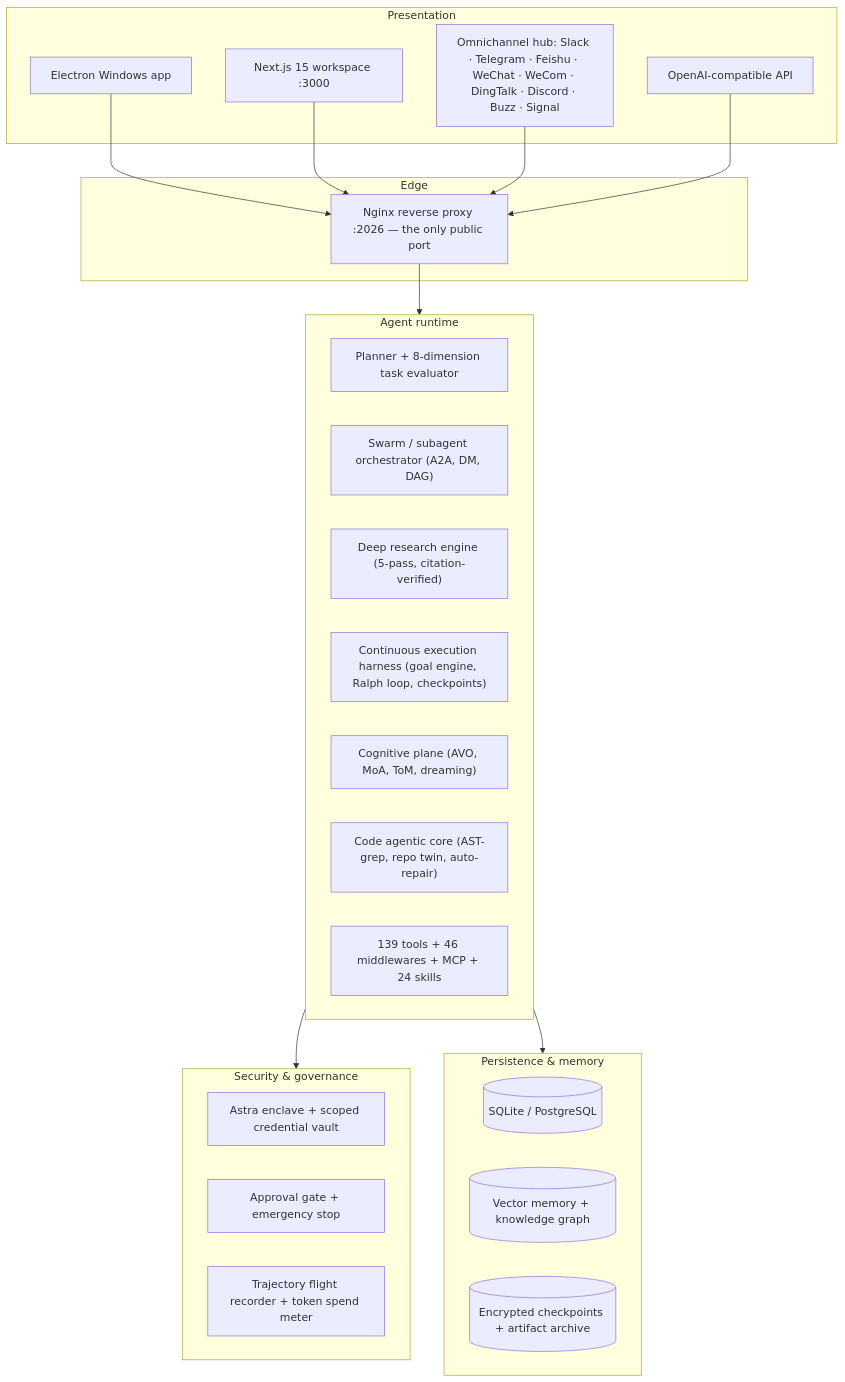
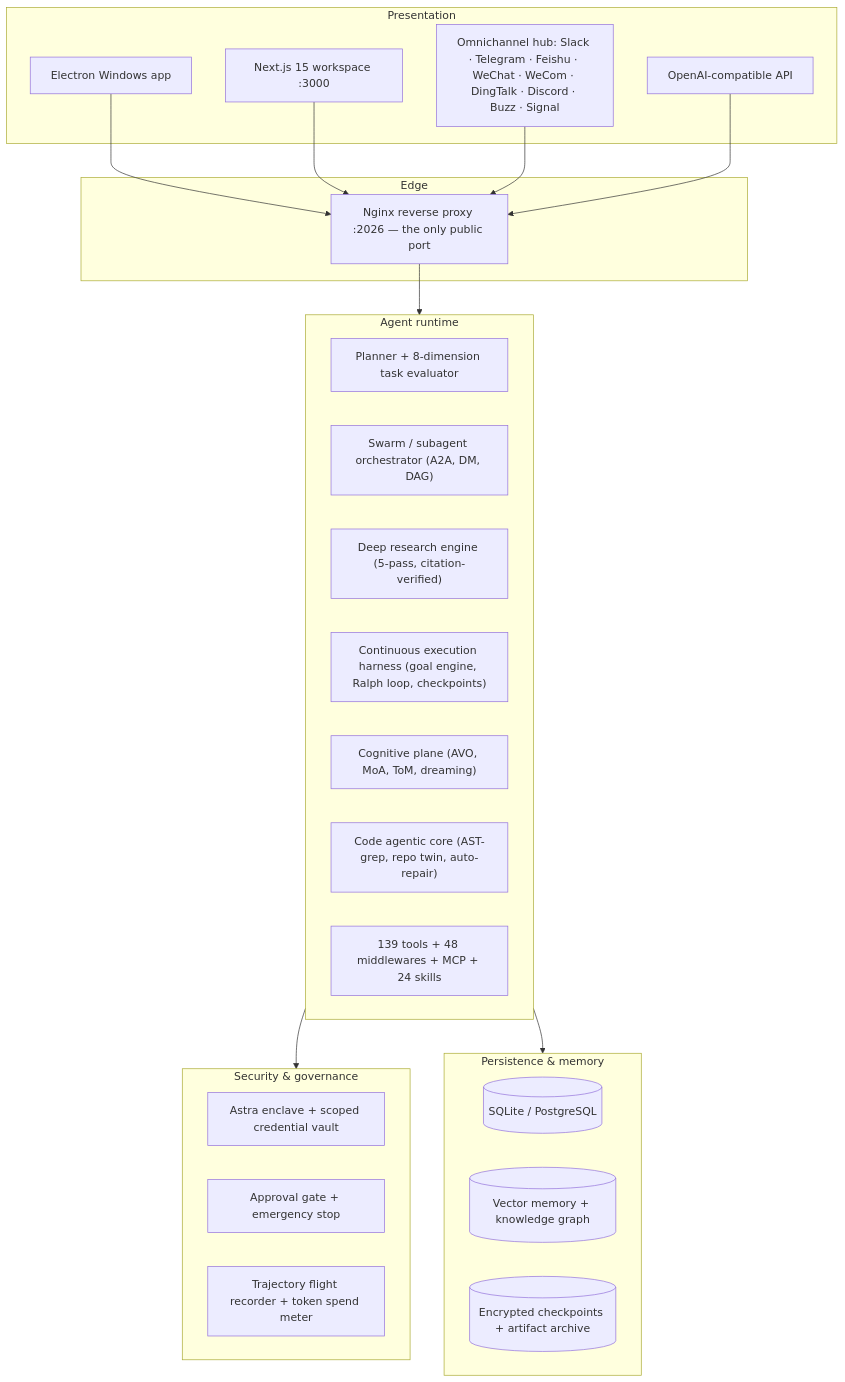
One commit to itsPremkumar/alpha changed the diagram in README.md. Above: the diagram before and after it, drawn with Mermaid. The commit also changed other lines of this file and 14 other files, not shown here.

````diff
--- a/README.md
+++ b/README.md
@@ -138,43 +138,43 @@
 ```mermaid
 flowchart TB
     subgraph Presentation ["Presentation"]
         Electron["Electron Windows app"]
         Web["Next.js 15 workspace :3000"]
         IM["Omnichannel hub: Slack · Telegram · Feishu · WeChat · WeCom · DingTalk · Discord · Buzz · Signal"]
         OpenAICompat["OpenAI-compatible API"]
     end
 
     subgraph Edge ["Edge"]
         Nginx["Nginx reverse proxy :2026 — the only public port"]
     end
 
     subgraph Runtime ["Agent runtime"]
         Planner["Planner + 8-dimension task evaluator"]
         Orchestrator["Swarm / subagent orchestrator (A2A, DM, DAG)"]
         Research["Deep research engine (5-pass, citation-verified)"]
         Harness["Continuous execution harness (goal engine, Ralph loop, checkpoints)"]
         Cognition["Cognitive plane (AVO, MoA, ToM, dreaming)"]
         CodeCore["Code agentic core (AST-grep, repo twin, auto-repair)"]
-        Tools["139 tools + 46 middlewares + MCP + 24 skills"]
+        Tools["139 tools + 48 middlewares + MCP + 24 skills"]
     end
 
     subgraph Security ["Security & governance"]
         Astra["Astra enclave + scoped credential vault"]
         Approval["Approval gate + emergency stop"]
         Audit["Trajectory flight recorder + token spend meter"]
     end
 
     subgraph Storage ["Persistence & memory"]
         DB[("SQLite / PostgreSQL")]
         Mem[("Vector memory + knowledge graph")]
         CKPT[("Encrypted checkpoints + artifact archive")]
     end
 
     Electron --> Nginx
     Web --> Nginx
     IM --> Nginx
     OpenAICompat --> Nginx
     Nginx --> Runtime
     Runtime --> Security
     Runtime --> Storage
 ```
````
